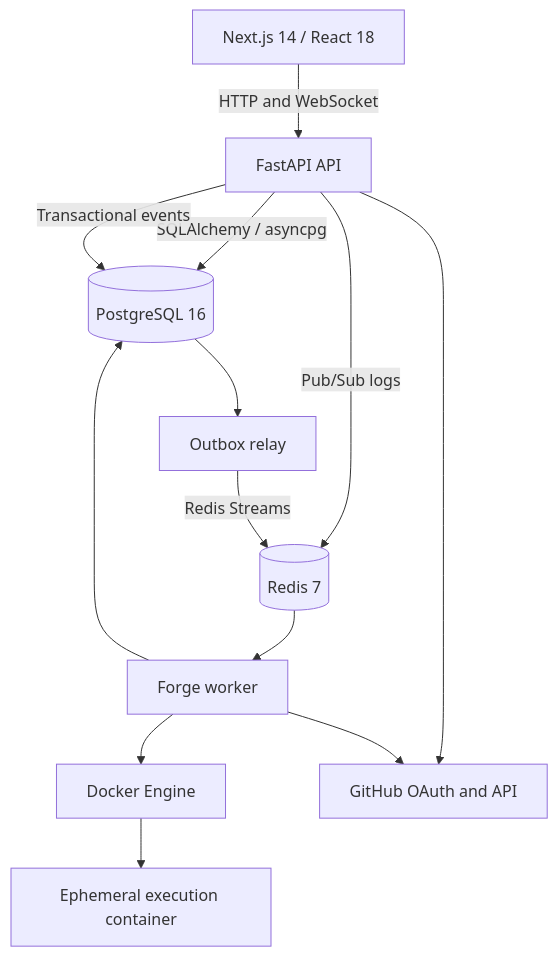
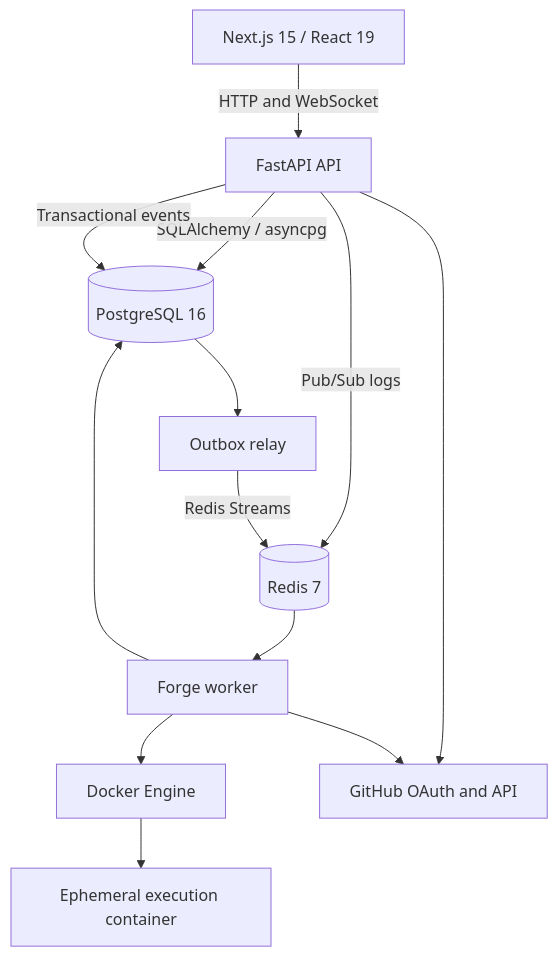
The second of 2 diagrams in README.md (Surya270106/Forge), drawn with Mermaid before and after one commit. The commit also changed other lines of this file and 108 other files, not shown here.

````diff
--- a/README.md
+++ b/README.md
@@ -41,15 +40,15 @@
 ```mermaid
 flowchart TB
-    Browser["Next.js 14 / React 18"] -->|HTTP and WebSocket| API["FastAPI API"]
+    Browser["Next.js 15 / React 19"] -->|HTTP and WebSocket| API["FastAPI API"]
     API -->|SQLAlchemy / asyncpg| PostgreSQL[("PostgreSQL 16")]
     API -->|Pub/Sub logs| Redis[("Redis 7")]
     API -->|Transactional events| PostgreSQL
     PostgreSQL --> Relay["Outbox relay"]
     Relay -->|Redis Streams| Redis
     Redis --> Worker["Forge worker"]
     Worker --> Docker["Docker Engine"]
     Docker --> Sandbox["Ephemeral execution container"]
     Worker --> PostgreSQL
     API --> GitHub["GitHub OAuth and API"]
     Worker --> GitHub
 ```
````
